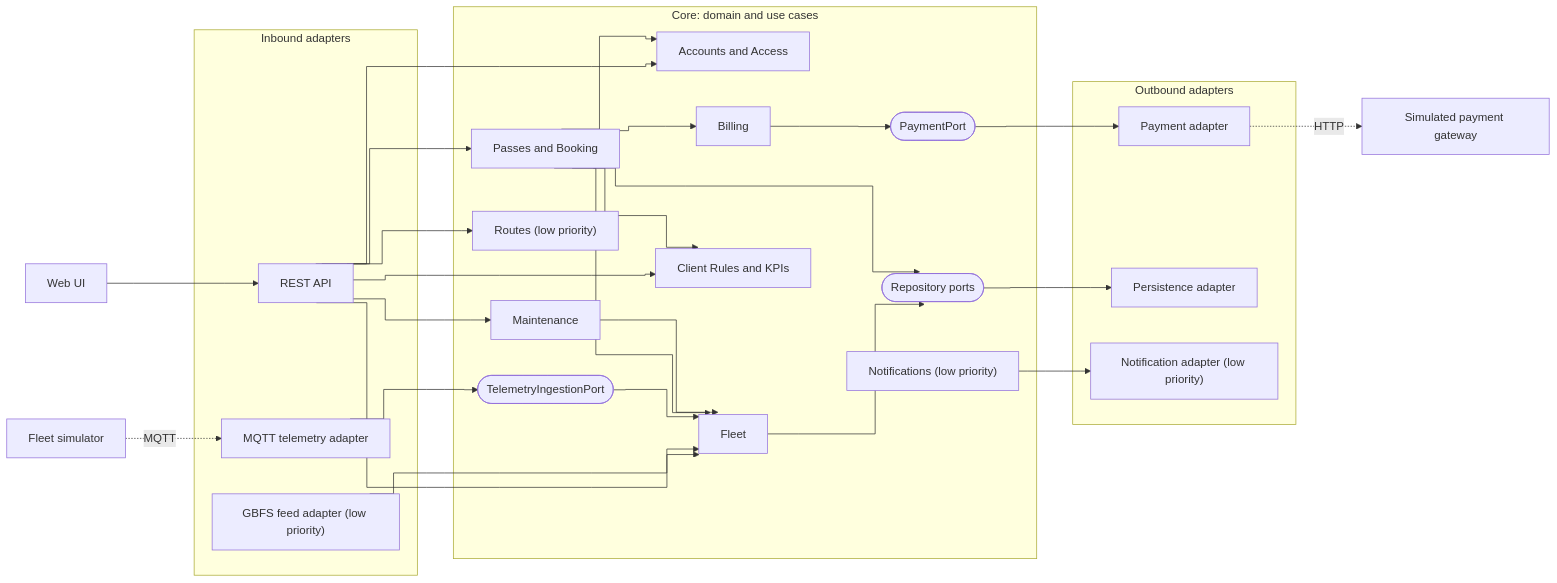
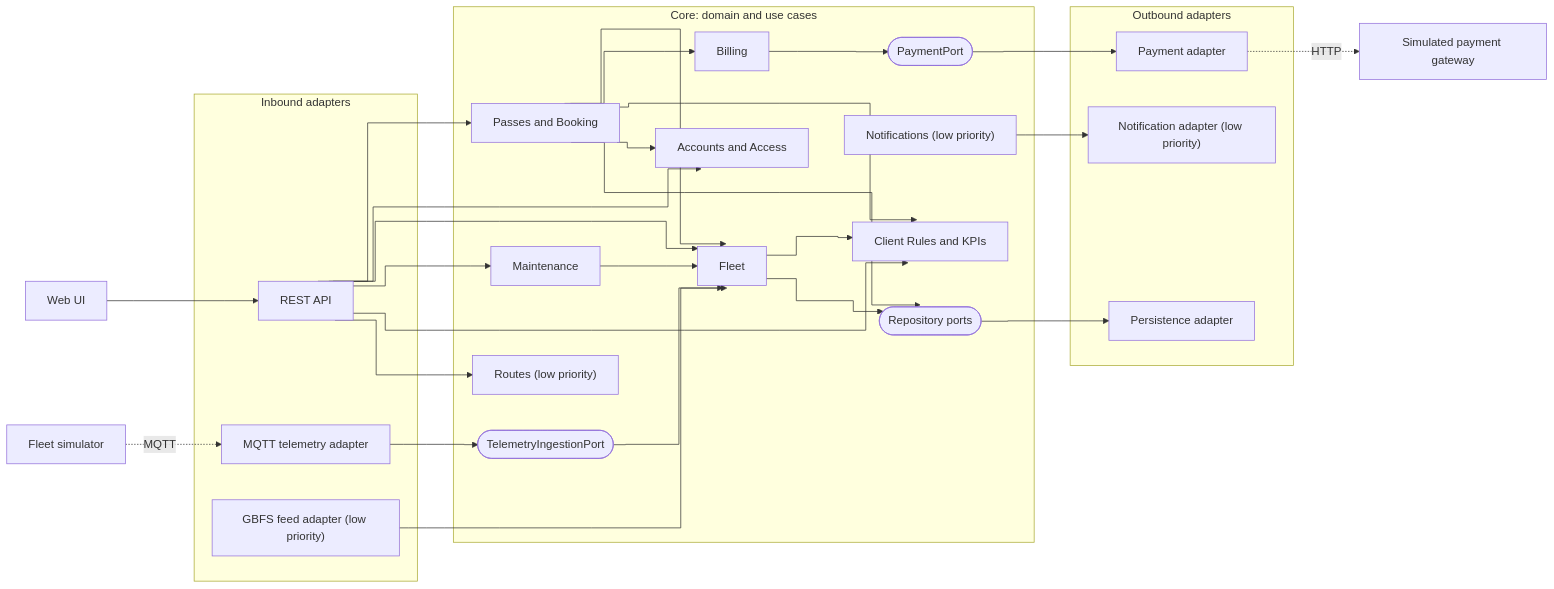
One commit to Ad-Qualquer-Coisa/TQS-Group-P11 changed the first of 4 diagrams in docs/architecture.md. Above: the diagram before and after it, drawn with Mermaid. The commit also changed other lines of this file, not shown here.

First line of the commit message:
docs: address review of the architecture notebook

````diff
--- a/docs/architecture.md
+++ b/docs/architecture.md
@@ -29,57 +30,58 @@
 ```mermaid
 %%{init: {'flowchart': {'curve': 'step'}}}%%
 flowchart LR
   UI["Web UI"]
   SIM["Fleet simulator"]
   GW["Simulated payment gateway"]
 
   subgraph IN["Inbound adapters"]
     REST["REST API"]
     MQTTIN["MQTT telemetry adapter"]
     GBFSAD["GBFS feed adapter (low priority)"]
   end
 
   subgraph CORE["Core: domain and use cases"]
     ACC["Accounts and Access"]
     BOOK["Passes and Booking"]
     FLEET["Fleet"]
     BILL["Billing"]
     MAINT["Maintenance"]
     RULES["Client Rules and KPIs"]
     ROUTES["Routes (low priority)"]
     NOTIF["Notifications (low priority)"]
     TPORT(["TelemetryIngestionPort"])
     PPORT(["PaymentPort"])
     RPORT(["Repository ports"])
   end
 
   subgraph OUT["Outbound adapters"]
     PAYAD["Payment adapter"]
     DBAD["Persistence adapter"]
     NOTAD["Notification adapter (low priority)"]
   end
 
   UI --> REST
   SIM -. MQTT .-> MQTTIN
   PAYAD -. HTTP .-> GW
 
   REST --> BOOK
   REST --> ACC
   REST --> FLEET
   REST --> MAINT
   REST --> RULES
   REST --> ROUTES
   GBFSAD --> FLEET
   MQTTIN --> TPORT --> FLEET
 
   BOOK --> FLEET
   BOOK --> BILL
   BOOK --> RULES
   BOOK --> ACC
+  FLEET --> RULES
   MAINT --> FLEET
   BILL --> PPORT --> PAYAD
   FLEET --> RPORT
   BOOK --> RPORT
   RPORT --> DBAD
   NOTIF --> NOTAD
 ```
````
